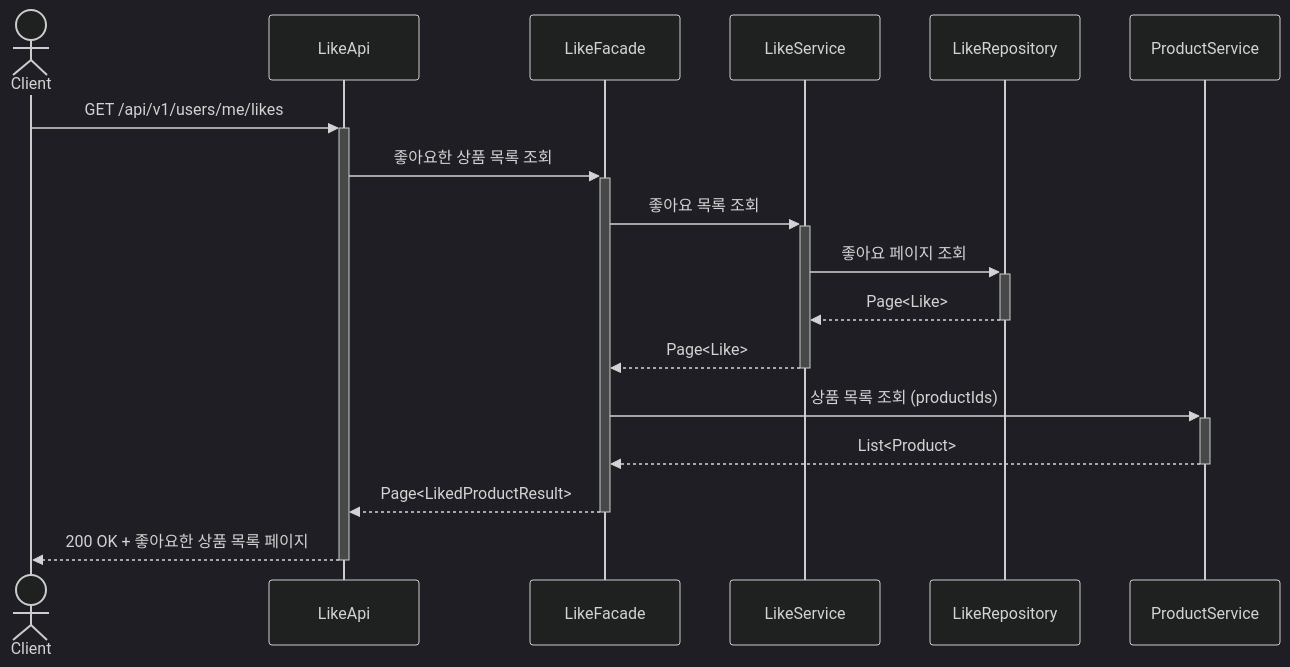
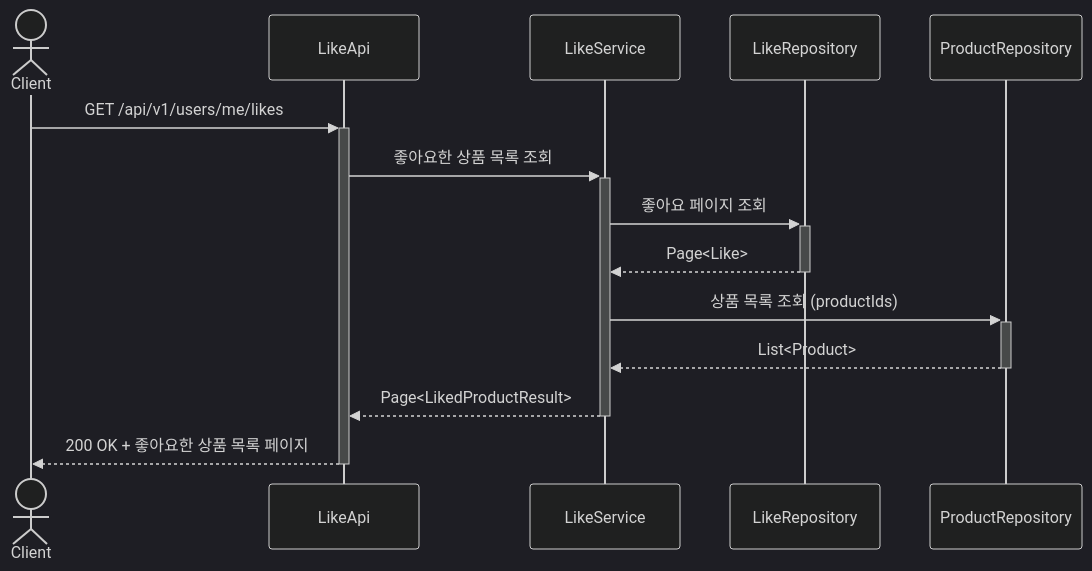
One commit to Loopers-dev-lab/loop-pack-be-l2-vol3-java changed diagram 18 of 23 in .docs/design/02-sequence-diagrams.md. Above: the diagram before and after it, drawn with Mermaid (dark theme). The commit also changed other lines of this file, not shown here.

First line of the commit message:
docs: 시퀀스 다이어그램에서 Facade 제거 및 Service 직접 호출 구조로 수정

````diff
--- a/.docs/design/02-sequence-diagrams.md
+++ b/.docs/design/02-sequence-diagrams.md
@@ -641,23 +599,20 @@
 ```mermaid
 sequenceDiagram
     actor Client
     participant LikeApi
-    participant LikeFacade
     participant LikeService
     participant LikeRepository
-    participant ProductService
+    participant ProductRepository
 
     Client ->>+ LikeApi: GET /api/v1/users/me/likes
-    LikeApi ->>+ LikeFacade: 좋아요한 상품 목록 조회
+    LikeApi ->>+ LikeService: 좋아요한 상품 목록 조회
 
-    LikeFacade ->>+ LikeService: 좋아요 목록 조회
     LikeService ->>+ LikeRepository: 좋아요 페이지 조회
     LikeRepository -->>- LikeService: Page<Like>
-    LikeService -->>- LikeFacade: Page<Like>
 
-    LikeFacade ->>+ ProductService: 상품 목록 조회 (productIds)
-    ProductService -->>- LikeFacade: List<Product>
+    LikeService ->>+ ProductRepository: 상품 목록 조회 (productIds)
+    ProductRepository -->>- LikeService: List<Product>
 
-    LikeFacade -->>- LikeApi: Page<LikedProductResult>
+    LikeService -->>- LikeApi: Page<LikedProductResult>
     LikeApi -->>- Client: 200 OK + 좋아요한 상품 목록 페이지
 ```
````
